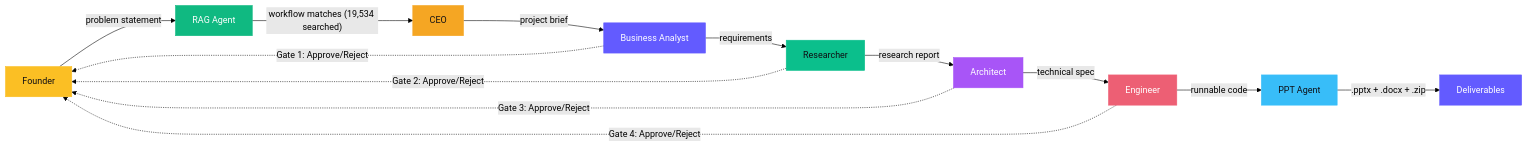
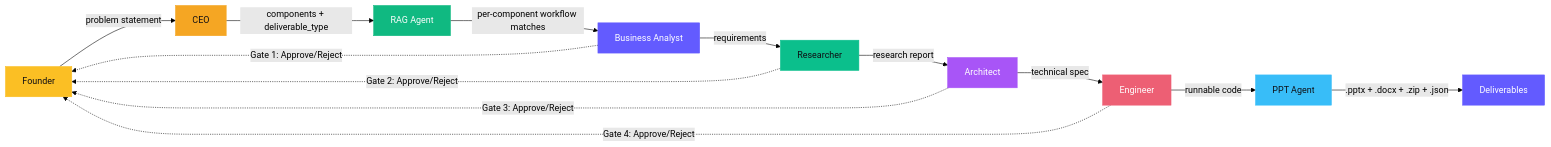
The diagram in vault/Home.md (laknanitish2110-sudo/ai-software-company), drawn with Mermaid (forest theme) before and after one commit. The commit also changed other lines of this file and 3 other files, not shown here.

Commit message:
Update vault docs for v1.3: CEO-first pipeline, deliverable types, workflow JSON

````diff
--- a/vault/Home.md
+++ b/vault/Home.md
@@ -106,27 +106,27 @@
 ```mermaid
 graph LR
-    F["Founder"] -->|problem statement| RAG["RAG Agent"]
-    RAG -->|"workflow matches (19,534 searched)"| CEO
-    CEO -->|project brief| BA["Business Analyst"]
+    F["Founder"] -->|problem statement| CEO
+    CEO -->|"components + deliverable_type"| RAG["RAG Agent"]
+    RAG -->|"per-component workflow matches"| BA["Business Analyst"]
     BA -->|requirements| R["Researcher"]
     R -->|research report| A["Architect"]
     A -->|technical spec| E["Engineer"]
     E -->|runnable code| PPT["PPT Agent"]
 
     BA -.->|"Gate 1: Approve/Reject"| F
     R -.->|"Gate 2: Approve/Reject"| F
     A -.->|"Gate 3: Approve/Reject"| F
     E -.->|"Gate 4: Approve/Reject"| F
 
-    PPT -->|".pptx + .docx + .zip"| D["Deliverables"]
+    PPT -->|".pptx + .docx + .zip + .json"| D["Deliverables"]
 
     style CEO fill:#f5a623,stroke:#f5a623,color:#0f0f14
     style BA fill:#635bff,stroke:#635bff,color:#fff
     style R fill:#0bbf8c,stroke:#0bbf8c,color:#0f0f14
     style A fill:#a855f7,stroke:#a855f7,color:#fff
     style E fill:#ed5f74,stroke:#ed5f74,color:#fff
     style PPT fill:#38bdf8,stroke:#38bdf8,color:#0f0f14
     style F fill:#fbbf24,stroke:#fbbf24,color:#0f0f14
     style RAG fill:#10b981,stroke:#10b981,color:#fff
     style D fill:#635bff,stroke:#635bff,color:#fff
 ```
````
